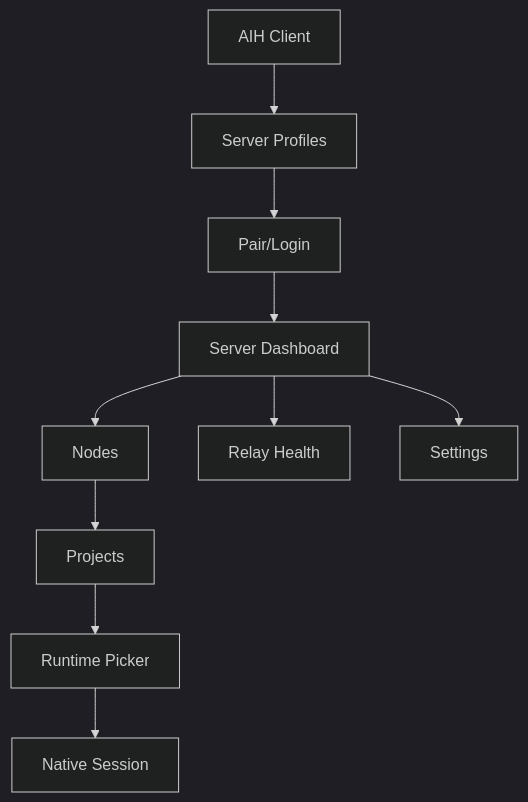
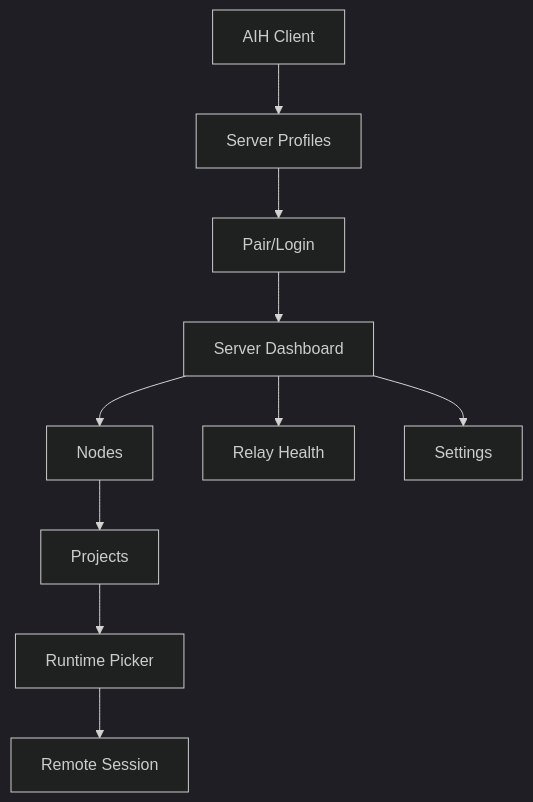
Before and after one commit to madou1217/ai_home: the diagram in docs/fabric/05-ui-wireframes.md, drawn with Mermaid (dark theme). The commit also changed other lines of this file and 26 other files, not shown here.

````diff
--- a/docs/fabric/05-ui-wireframes.md
+++ b/docs/fabric/05-ui-wireframes.md
@@ -7,21 +7,21 @@
 ```mermaid
 flowchart TD
   App[AIH Client]
   Profiles[Server Profiles]
   Login[Pair/Login]
   Dashboard[Server Dashboard]
   Nodes[Nodes]
   Relays[Relay Health]
   Projects[Projects]
   Runtime[Runtime Picker]
-  Session[Native Session]
+  Session[Remote Session]
   Settings[Settings]
 
   App --> Profiles
   Profiles --> Login
   Login --> Dashboard
   Dashboard --> Nodes
   Dashboard --> Relays
   Nodes --> Projects --> Runtime --> Session
   Dashboard --> Settings
 ```
````
